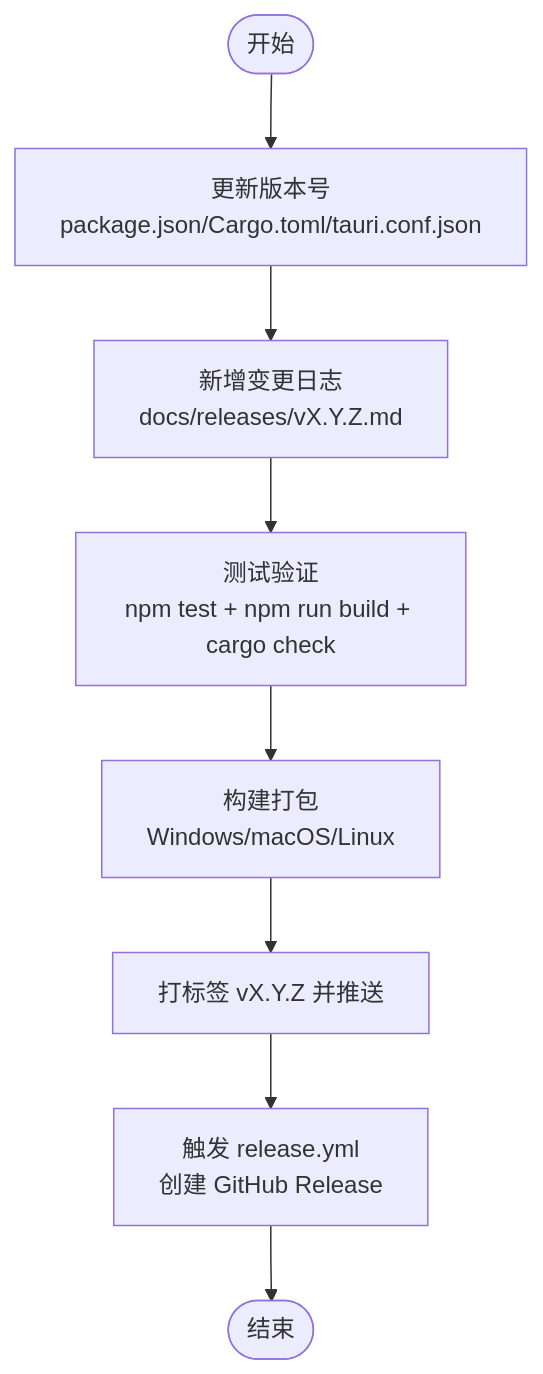
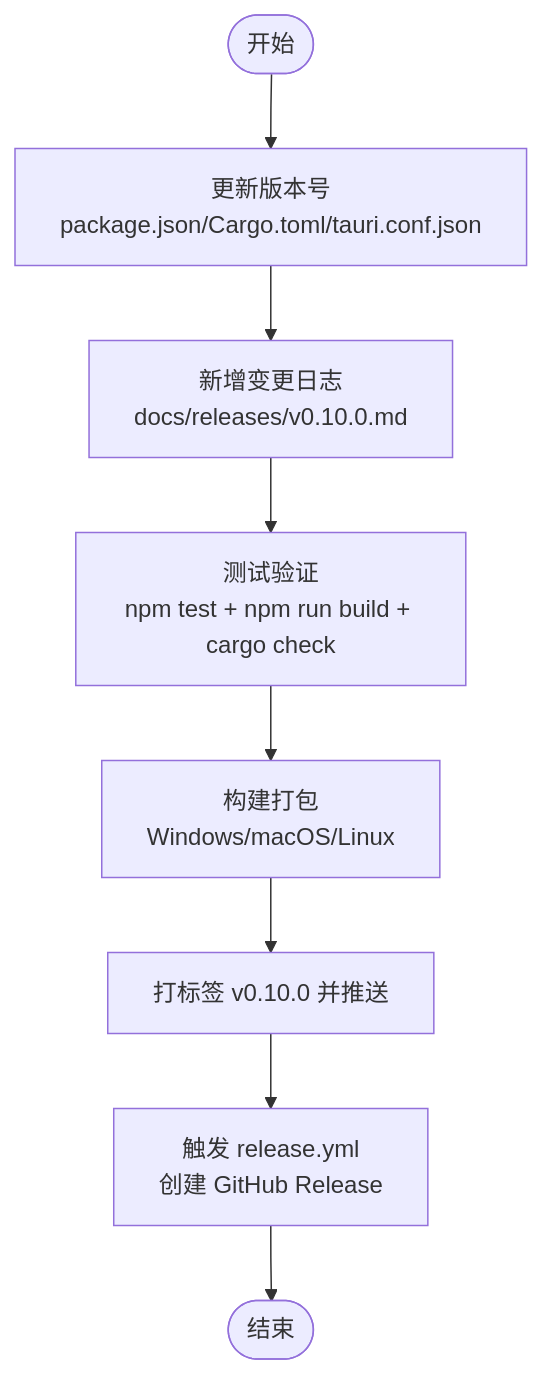
Before and after one commit to DumKing/DevNexus: the third of 5 diagrams in .qoder/repowiki/zh/content/版本发布.md, drawn with Mermaid. The commit also changed other lines of this file and 80 other files, not shown here.

````diff
--- a/.qoder/repowiki/zh/content/版本发布.md
+++ b/.qoder/repowiki/zh/content/版本发布.md
@@ -135,10 +166,10 @@
 ```mermaid
 flowchart TD
 Start(["开始"]) --> Prep["更新版本号<br/>package.json/Cargo.toml/tauri.conf.json"]
-Prep --> Changelog["新增变更日志<br/>docs/releases/vX.Y.Z.md"]
+Prep --> Changelog["新增变更日志<br/>docs/releases/v0.10.0.md"]
 Changelog --> Test["测试验证<br/>npm test + npm run build + cargo check"]
 Test --> Build["构建打包<br/>Windows/macOS/Linux"]
-Build --> Tag["打标签 vX.Y.Z 并推送"]
+Build --> Tag["打标签 v0.10.0 并推送"]
 Tag --> Release["触发 release.yml<br/>创建 GitHub Release"]
 Release --> End(["结束"])
 ```
````
